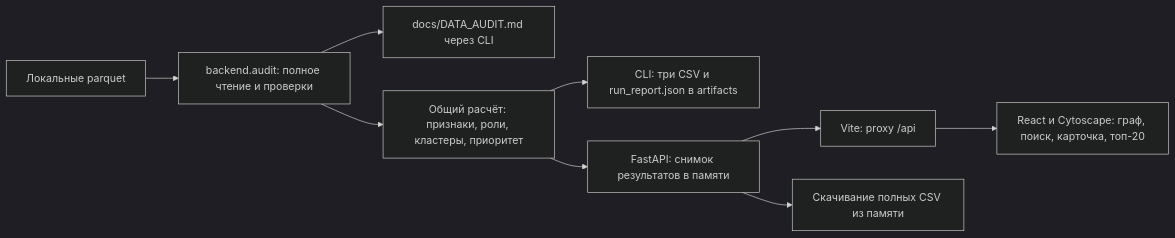
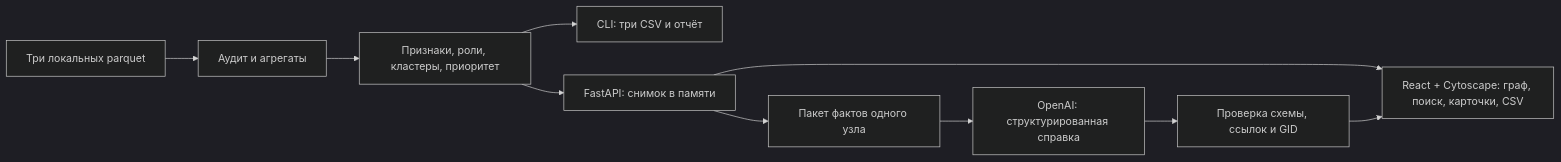
The diagram in README.md (BAITC-Hacks/hack-6480017d-fusion), drawn with Mermaid (dark theme) before and after one commit. The commit also changed other lines of this file and 29 other files, not shown here.

````diff
--- a/README.md
+++ b/README.md
@@ -108,11 +130,12 @@
 ```mermaid
 flowchart LR
-    D[Локальные parquet] --> A[backend.audit: полное чтение и проверки]
-    A --> R[docs/DATA_AUDIT.md через CLI]
-    A --> C[Общий расчёт: признаки, роли, кластеры, приоритет]
-    C --> F[CLI: три CSV и run_report.json в artifacts]
-    C --> B[FastAPI: снимок результатов в памяти]
-    B --> P[Vite: proxy /api]
-    P --> U[React и Cytoscape: граф, поиск, карточка, топ-20]
-    B --> E[Скачивание полных CSV из памяти]
+    D[Три локальных parquet] --> A[Аудит и агрегаты]
+    A --> C[Признаки, роли, кластеры, приоритет]
+    C --> F[CLI: три CSV и отчёт]
+    C --> B[FastAPI: снимок в памяти]
+    B --> U[React + Cytoscape: граф, поиск, карточки, CSV]
+    B --> Q[Пакет фактов одного узла]
+    Q --> O[OpenAI: структурированная справка]
+    O --> V[Проверка схемы, ссылок и GID]
+    V --> U
 ```
````
